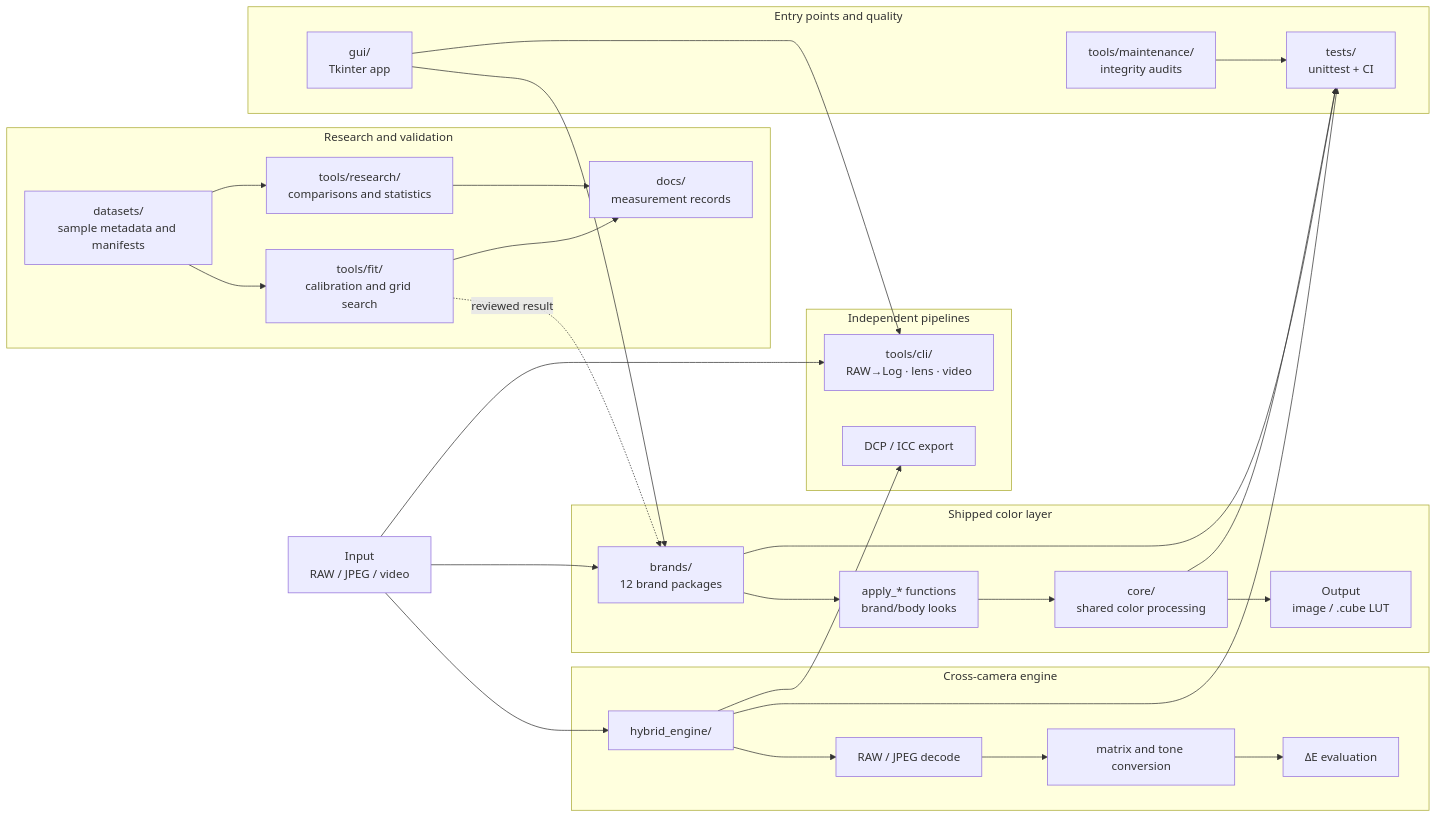
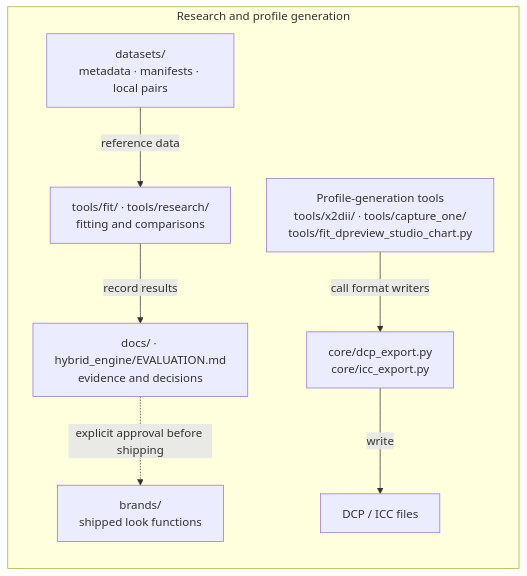
One commit to songjiun10-collab/Hncs changed the second of 2 diagrams in README.md. Above: the diagram before and after it, drawn with Mermaid. The commit also changed other lines of this file and 1 other file, not shown here.

Commit message:
docs: correct architecture relationships and diagram layout

````diff
--- a/README.md
+++ b/README.md
@@ -153,50 +172,19 @@
 ```mermaid
-flowchart LR
-    INPUT["Input<br/>RAW / JPEG / video"]
-
-    subgraph SHIPPED["Shipped color layer"]
-        BRANDS["brands/<br/>12 brand packages"]
-        APPLY["apply_* functions<br/>brand/body looks"]
-        CORE["core/<br/>shared color processing"]
-        OUTPUT["Output<br/>image / .cube LUT"]
+flowchart TB
+    subgraph RESEARCH["Research and profile generation"]
+        direction TB
+        DATA["datasets/<br/>metadata · manifests · local pairs"]
+        FIT["tools/fit/ · tools/research/<br/>fitting and comparisons"]
+        DOCS["docs/ · hybrid_engine/EVALUATION.md<br/>evidence and decisions"]
+        PROFILETOOLS["Profile-generation tools<br/>tools/x2dii/ · tools/capture_one/<br/>tools/fit_dpreview_studio_chart.py"]
+        WRITERS["core/dcp_export.py<br/>core/icc_export.py"]
+        PROFILES["DCP / ICC files"]
+        BRANDS["brands/<br/>shipped look functions"]
+        DATA -->|"reference data"| FIT
+        FIT -->|"record results"| DOCS
+        DOCS -. "explicit approval before shipping" .-> BRANDS
+        PROFILETOOLS -->|"call format writers"| WRITERS
+        WRITERS -->|"write"| PROFILES
     end
 
-    subgraph PIPELINES["Independent pipelines"]
-        TOOLS["tools/cli/<br/>RAW→Log · lens · video"]
-        PROFILES["DCP / ICC export"]
-    end
-
-    subgraph RESEARCH["Research and validation"]
-        DATA["datasets/<br/>sample metadata and manifests"]
-        FIT["tools/fit/<br/>calibration and grid search"]
-        EXP["tools/research/<br/>comparisons and statistics"]
-        DOCS["docs/<br/>measurement records"]
-    end
-
-    subgraph HYBRID["Cross-camera engine"]
-        ENGINE["hybrid_engine/"]
-        DECODE["RAW / JPEG decode"]
-        TRANSFORM["matrix and tone conversion"]
-        EVAL["ΔE evaluation"]
-    end
-
-    subgraph ACCESS["Entry points and quality"]
-        GUI["gui/<br/>Tkinter app"]
-        TESTS["tests/<br/>unittest + CI"]
-        AUDIT["tools/maintenance/<br/>integrity audits"]
-    end
-
-    INPUT --> BRANDS --> APPLY --> CORE --> OUTPUT
-    INPUT --> TOOLS
-    INPUT --> ENGINE --> DECODE --> TRANSFORM --> EVAL
-    ENGINE --> PROFILES
-    DATA --> FIT --> DOCS
-    DATA --> EXP --> DOCS
-    FIT -. "reviewed result" .-> BRANDS
-    GUI --> TOOLS
-    GUI --> BRANDS
-    BRANDS --> TESTS
-    CORE --> TESTS
-    ENGINE --> TESTS
-    AUDIT --> TESTS
 ```
````
